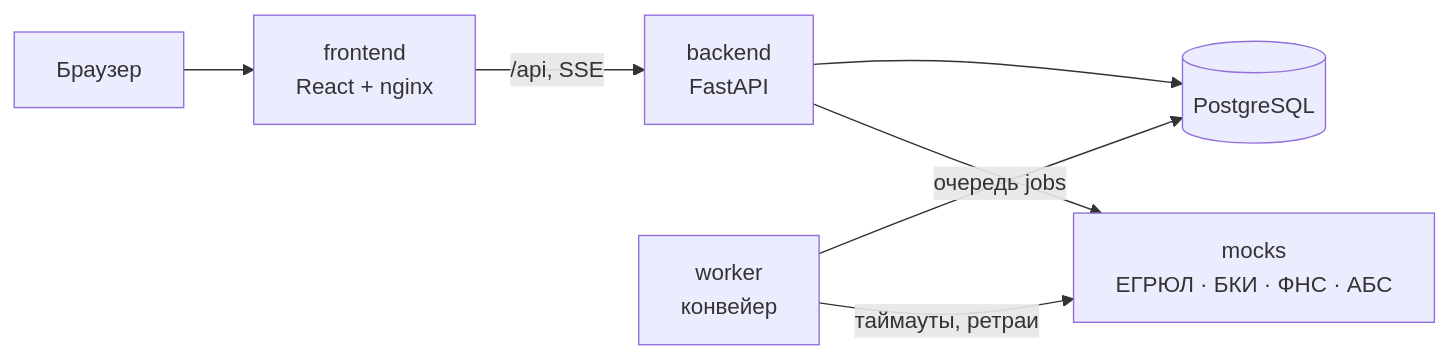
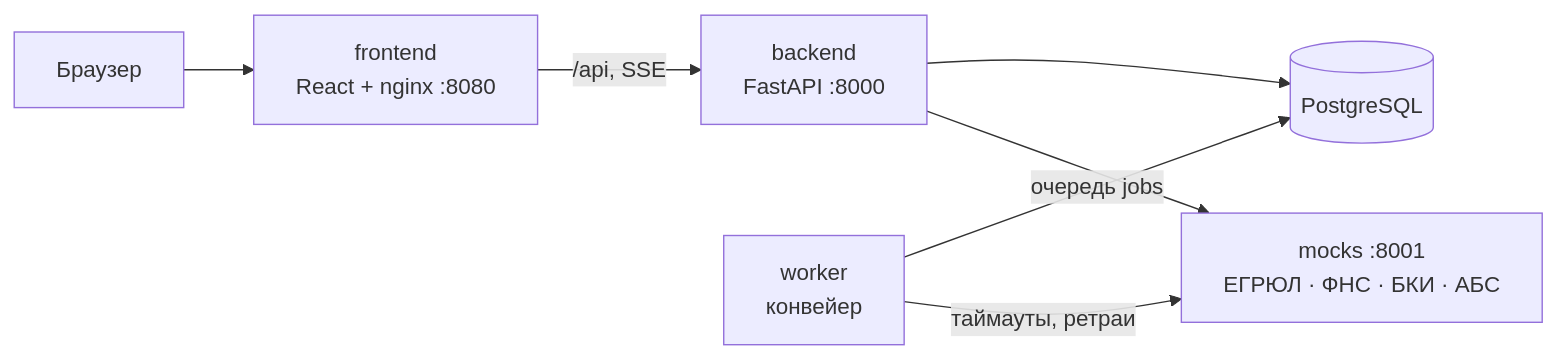
The diagram in README.md (MrFerrumL/alpha-smart-credit-cabinet), drawn with Mermaid before and after one commit. The commit also changed other lines of this file, not shown here.

````diff
--- a/README.md
+++ b/README.md
@@ -133,9 +178,9 @@
 ```mermaid
 flowchart LR
-    U["Браузер"] --> FE["frontend<br/>React + nginx"]
-    FE -- "/api, SSE" --> BE["backend<br/>FastAPI"]
+    U["Браузер"] --> FE["frontend<br/>React + nginx :8080"]
+    FE -- "/api, SSE" --> BE["backend<br/>FastAPI :8000"]
     BE --> DB[("PostgreSQL")]
     WK["worker<br/>конвейер"] -- "очередь jobs" --> DB
-    WK -- "таймауты, ретраи" --> MK["mocks<br/>ЕГРЮЛ · БКИ · ФНС · АБС"]
+    WK -- "таймауты, ретраи" --> MK["mocks :8001<br/>ЕГРЮЛ · ФНС · БКИ · АБС"]
     BE --> MK
 ```
````
